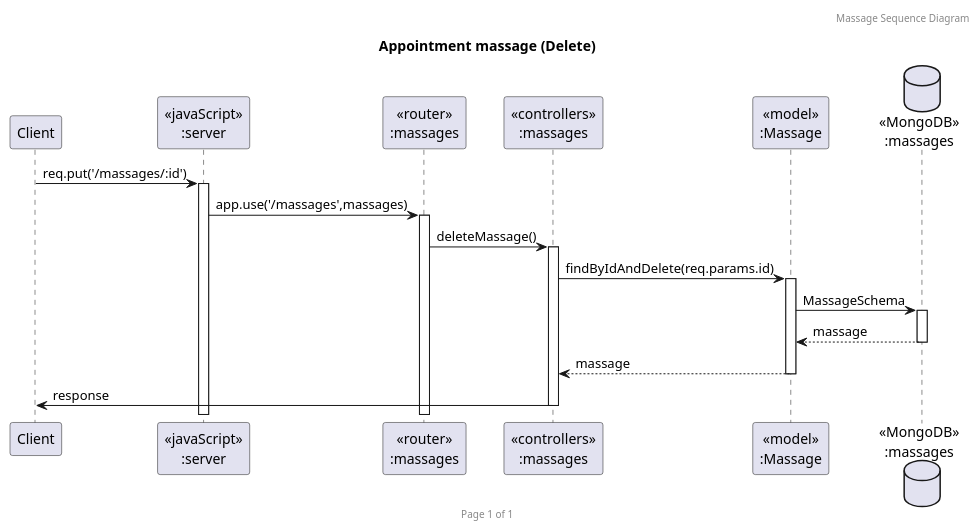
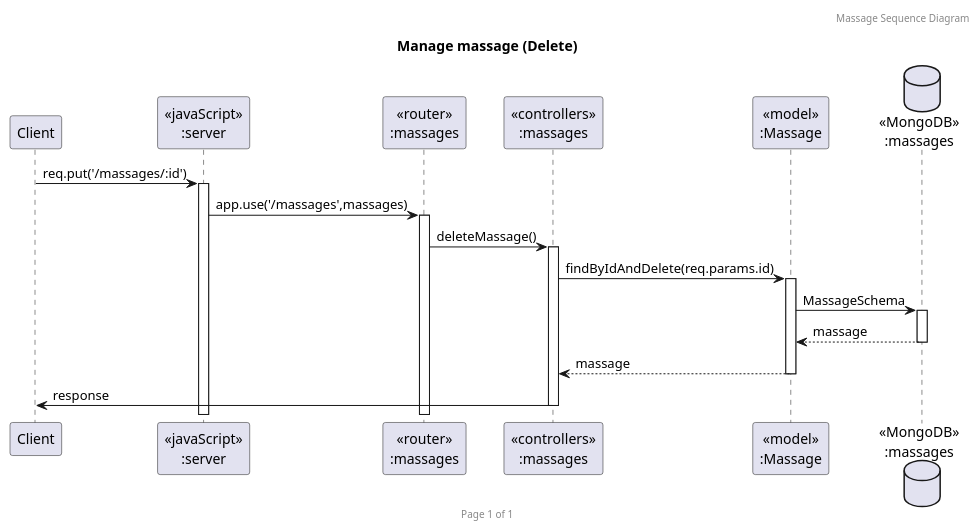
Before and after one commit to 2110503TACEDT66/presentation-day-1-samsaomidnight: the diagram in PlantUml/delete.puml, drawn with PlantUML. The commit also changed 4 other files, not shown here.

Commit message:
Massage  UML already done ver1.0

```diff
--- a/PlantUml/delete.puml
+++ b/PlantUml/delete.puml
@@ -2,23 +2,23 @@
-@startuml Appointment massage (Delete)
+@startuml Manage massage (Delete)
 
 header Massage Sequence Diagram
 footer Page %page% of %lastpage%
-title "Appointment massage (Delete)"
+title "Manage massage (Delete)"
 
 participant "Client" as client
 participant "<<javaScript>>\n:server" as server
 participant "<<router>>\n:massages" as routerMassages
 participant "<<controllers>>\n:massages" as controllersMassages
 participant "<<model>>\n:Massage" as modelMassage
 database "<<MongoDB>>\n:massages" as MassagesDatabase
 
 client->server ++:req.put('/massages/:id')
 server->routerMassages ++:app.use('/massages',massages)
 routerMassages -> controllersMassages ++:deleteMassage()
 controllersMassages->modelMassage ++:findByIdAndDelete(req.params.id)
 modelMassage ->MassagesDatabase ++: MassageSchema
 MassagesDatabase --> modelMassage --: massage
 controllersMassages <-- modelMassage --:massage
 controllersMassages->client --:response
 
 @enduml
```
